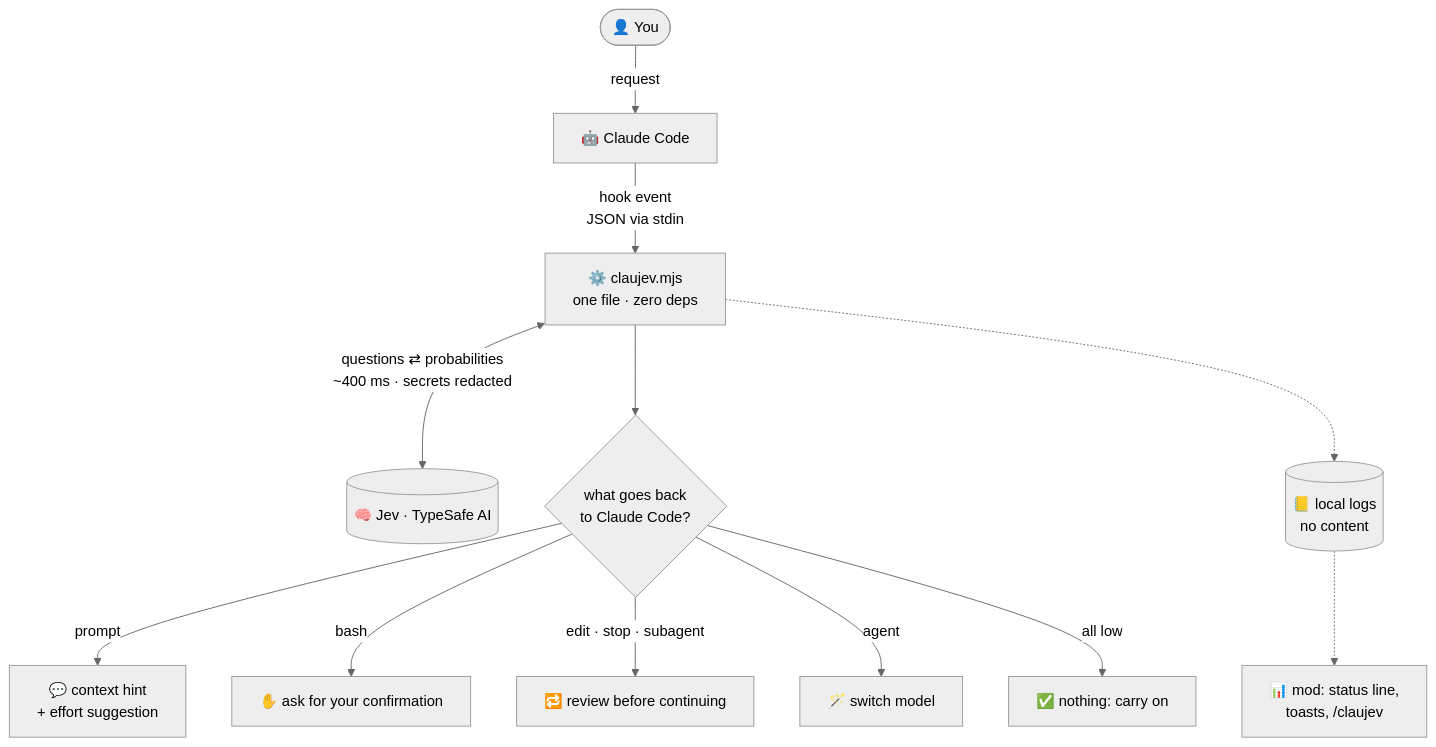
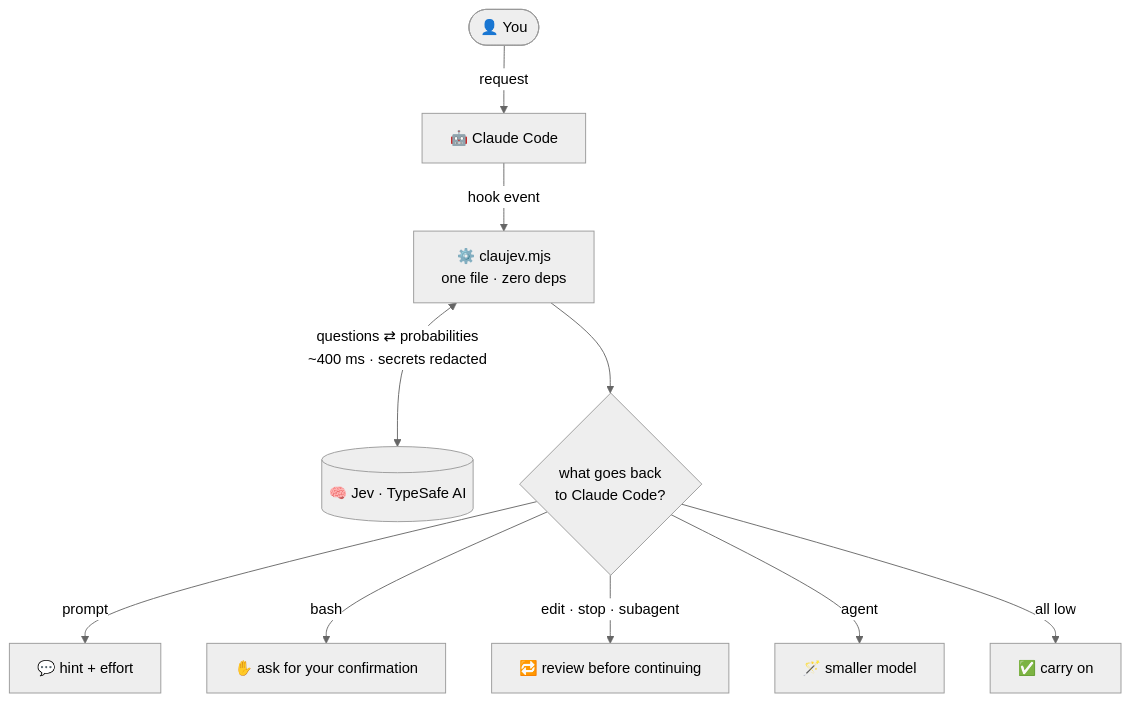
One commit to Civalski/claujev changed the first of 2 diagrams in README.md. Above: the diagram before and after it, drawn with Mermaid (neutral theme). The commit also changed other lines of this file and 3 other files, not shown here.

````diff
--- a/README.md
+++ b/README.md
@@ -102,14 +84,12 @@
 ```mermaid
 flowchart TB
     U(["👤 You"]) -->|request| CC["🤖 Claude Code"]
-    CC -->|"hook event<br/>JSON via stdin"| CJ["⚙️ claujev.mjs<br/>one file · zero deps"]
+    CC -->|"hook event"| CJ["⚙️ claujev.mjs<br/>one file · zero deps"]
     CJ <-->|"questions ⇄ probabilities<br/>~400 ms · secrets redacted"| JEV[("🧠 Jev · TypeSafe AI")]
     CJ --> R{"what goes back<br/>to Claude Code?"}
-    R -->|"prompt"| A1["💬 context hint<br/>+ effort suggestion"]
+    R -->|"prompt"| A1["💬 hint + effort"]
     R -->|"bash"| A2["✋ ask for your confirmation"]
     R -->|"edit · stop · subagent"| A3["🔁 review before continuing"]
-    R -->|"agent"| A4["🪄 switch model"]
-    R -->|"all low"| A5["✅ nothing: carry on"]
-    CJ -.-> LOG[("📒 local logs<br/>no content")]
-    LOG -.-> MOD["📊 mod: status line,<br/>toasts, /claujev"]
+    R -->|"agent"| A4["🪄 smaller model"]
+    R -->|"all low"| A5["✅ carry on"]
 ```
````
